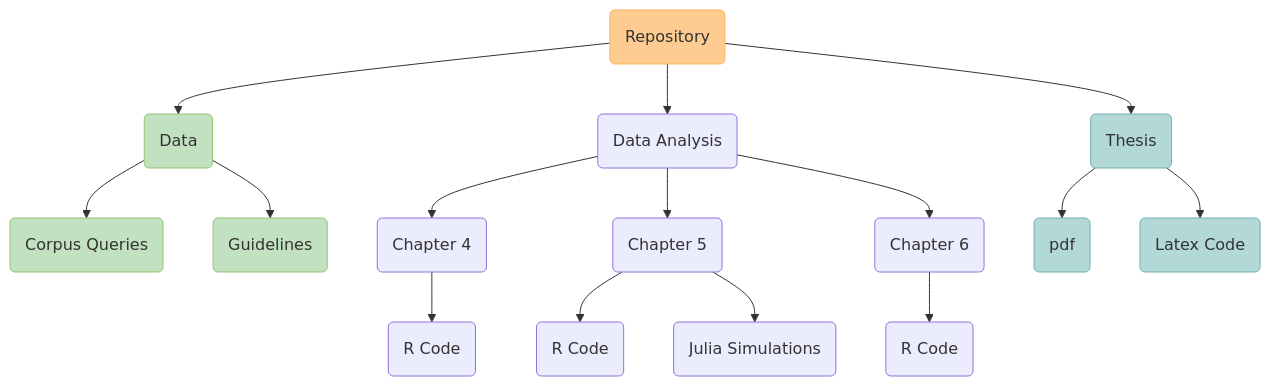
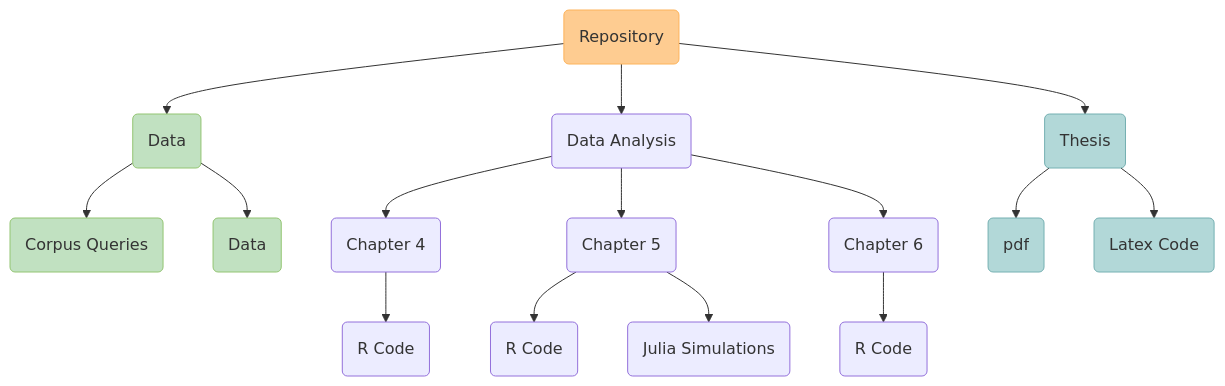
The diagram in README.md (Raquel-Montero/PhDThesis), drawn with Mermaid before and after one commit.

````diff
--- a/README.md
+++ b/README.md
@@ -11,25 +11,25 @@
 ```mermaid
 graph TD;
     A(Repository) --> Q(Data);
     Q(Data) --> Q1(Corpus Queries);
-    Q(Data) --> Q2(Guidelines);
+    Q(Data) --> Q2(Data);
     A(Repository)--> C(Data Analysis);
     C(Data Analysis) --> D(Chapter 4);
     D(Chapter 4) --> D1(R Code);
     C(Data Analysis) --> E(Chapter 5);
     E(Chapter 5) --> E1(R Code);
     E(Chapter 5) --> E2(Julia Simulations);
     C(Data Analysis) --> F(Chapter 6);
     F(Chapter 6) --> F1(R Code);
     A(Repository) --> B(Thesis);
     B(Thesis) --> B1(pdf);
     B(Thesis) --> B2(Latex Code);
 
 style A fill:#fecc91, stroke:#fdb35a
 style Q fill:#C1E1C1, stroke:#93C572
 style Q1 fill:#C1E1C1, stroke:#93C572
 style Q2 fill:#C1E1C1, stroke:#93C572
 style B fill:#b2d8d8, stroke:#75b0b2
 style B1 fill:#b2d8d8, stroke:#75b0b2
 style B2 fill:#b2d8d8, stroke:#75b0b2
 ```
````
